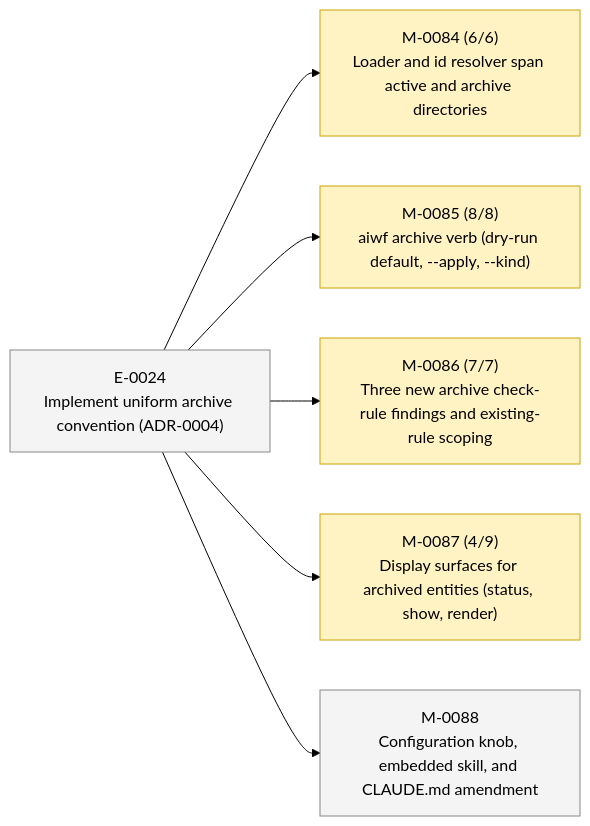
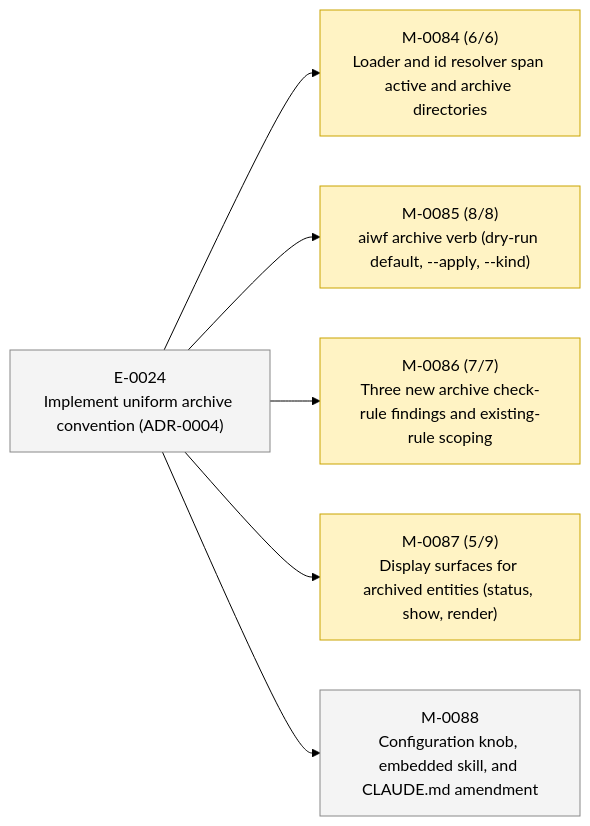
Before and after one commit to 23min/aiwf: the second of 2 diagrams in STATUS.md, drawn with Mermaid (forest theme). The commit also changed other lines of this file and 1 other file, not shown here.

````diff
--- a/STATUS.md
+++ b/STATUS.md
@@ -49,20 +49,20 @@
 ```mermaid
 flowchart LR
   E_0024["E-0024<br/>Implement uniform archive convention (ADR-0004)"]:::epic_proposed
   M_0084["M-0084 (6/6)<br/>Loader and id resolver span active and archive directories"]:::ms_in_progress
   E_0024 --> M_0084
   M_0085["M-0085 (8/8)<br/>aiwf archive verb (dry-run default, --apply, --kind)"]:::ms_in_progress
   E_0024 --> M_0085
   M_0086["M-0086 (7/7)<br/>Three new archive check-rule findings and existing-rule scoping"]:::ms_in_progress
   E_0024 --> M_0086
-  M_0087["M-0087 (4/9)<br/>Display surfaces for archived entities (status, show, render)"]:::ms_in_progress
+  M_0087["M-0087 (5/9)<br/>Display surfaces for archived entities (status, show, render)"]:::ms_in_progress
   E_0024 --> M_0087
   M_0088["M-0088<br/>Configuration knob, embedded skill, and CLAUDE.md amendment"]:::ms_draft
   E_0024 --> M_0088
   classDef epic_active fill:#d6eaff,stroke:#1a73e8,color:#000
   classDef epic_proposed fill:#f4f4f4,stroke:#888,color:#000
   classDef ms_done fill:#d8f5d8,stroke:#2a8a2a,color:#000
   classDef ms_in_progress fill:#fff3c4,stroke:#caa400,color:#000
   classDef ms_draft fill:#f4f4f4,stroke:#888,color:#000
   classDef ms_cancelled fill:#fbeaea,stroke:#c33,color:#000
 ```
````
